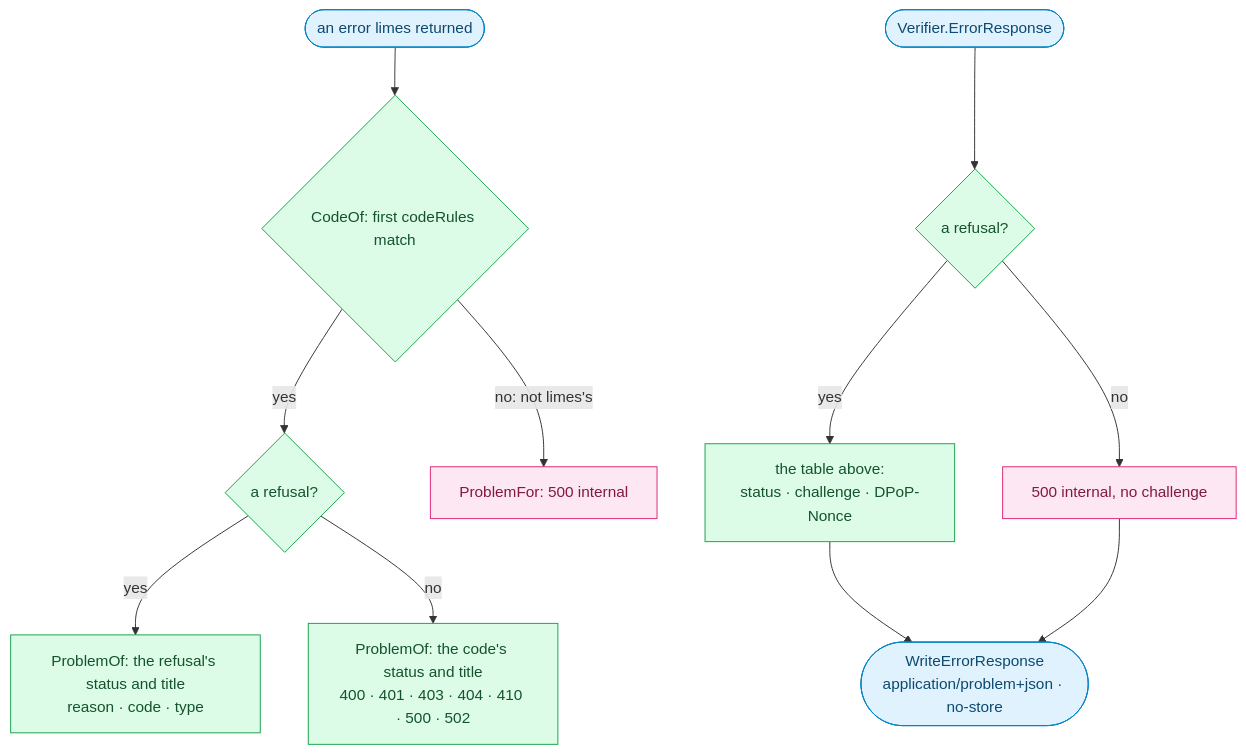
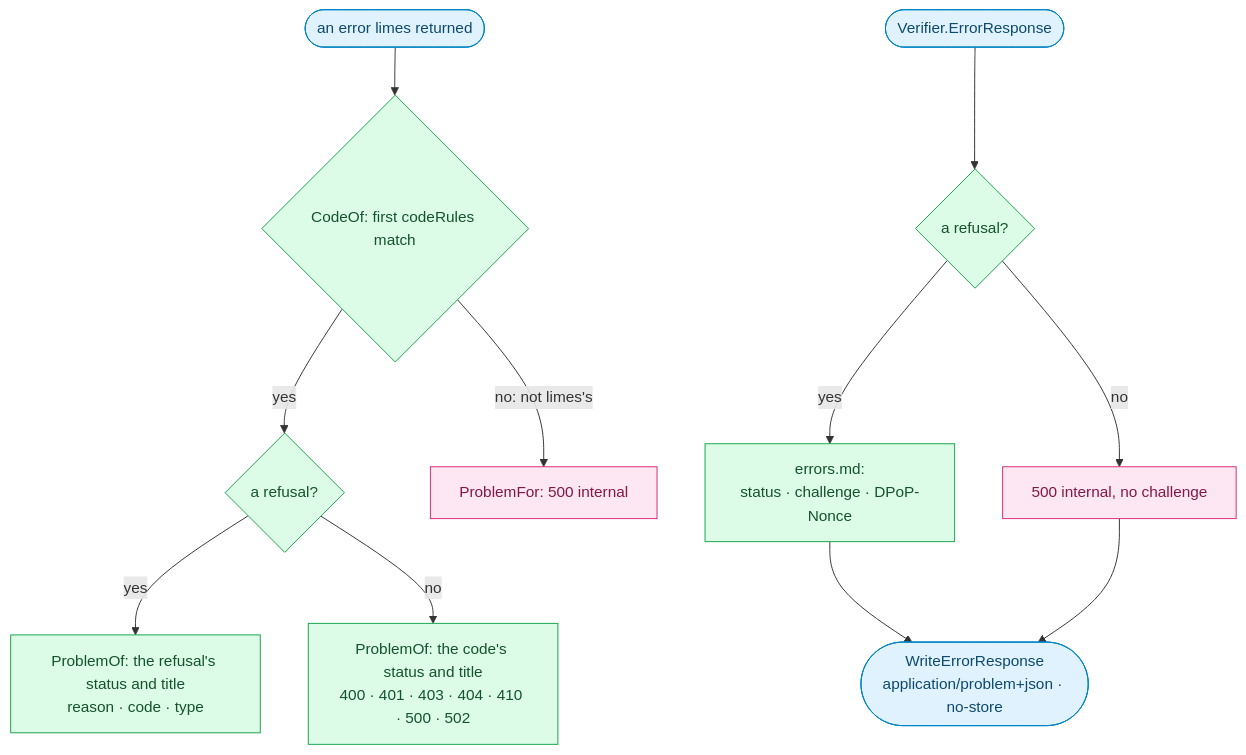
The sixth of 16 diagrams in docs/diagrams.md (oleg-tkachuk/limes), drawn with Mermaid before and after one commit. The commit also changed other lines of this file and 1 other file, not shown here.

First line of the commit message:
docs(errors): hold every refusal's challenge in one place

````diff
--- a/docs/diagrams.md
+++ b/docs/diagrams.md
@@ -521,30 +502,30 @@
 ```mermaid
 flowchart TB
     err(["an error limes returned"])
     cr{"CodeOf: first codeRules match"}
     rr{"a refusal?"}
     pRef["ProblemOf: the refusal's status and title<br/>reason · code · type"]
     pCode["ProblemOf: the code's status and title<br/>400 · 401 · 403 · 404 · 410 · 500 · 502"]
     pInt["ProblemFor: 500 internal"]
     er(["Verifier.ErrorResponse"])
     rr2{"a refusal?"}
-    resp["the table above:<br/>status · challenge · DPoP-Nonce"]
+    resp["errors.md:<br/>status · challenge · DPoP-Nonce"]
     i500["500 internal, no challenge"]
     out(["WriteErrorResponse<br/>application/problem+json · no-store"])
 
     err --> cr -- yes --> rr
     cr -- "no: not limes's" --> pInt
     rr -- yes --> pRef
     rr -- no --> pCode
     er --> rr2 -- yes --> resp --> out
     rr2 -- no --> i500 --> out
 
     classDef client fill:#E0F2FE,stroke:#0284C7,color:#0C4A6E
     classDef role fill:#DCFCE7,stroke:#16A34A,color:#14532D
     classDef optional fill:#F1F5F9,stroke:#64748B,color:#334155,stroke-dasharray:5 4
     classDef store fill:#FEF3C7,stroke:#D97706,color:#78350F
     classDef external fill:#FCE7F3,stroke:#DB2777,color:#831843
     class err,er,out client
     class cr,rr,pRef,pCode,rr2,resp role
     class pInt,i500 external
 ```
````
